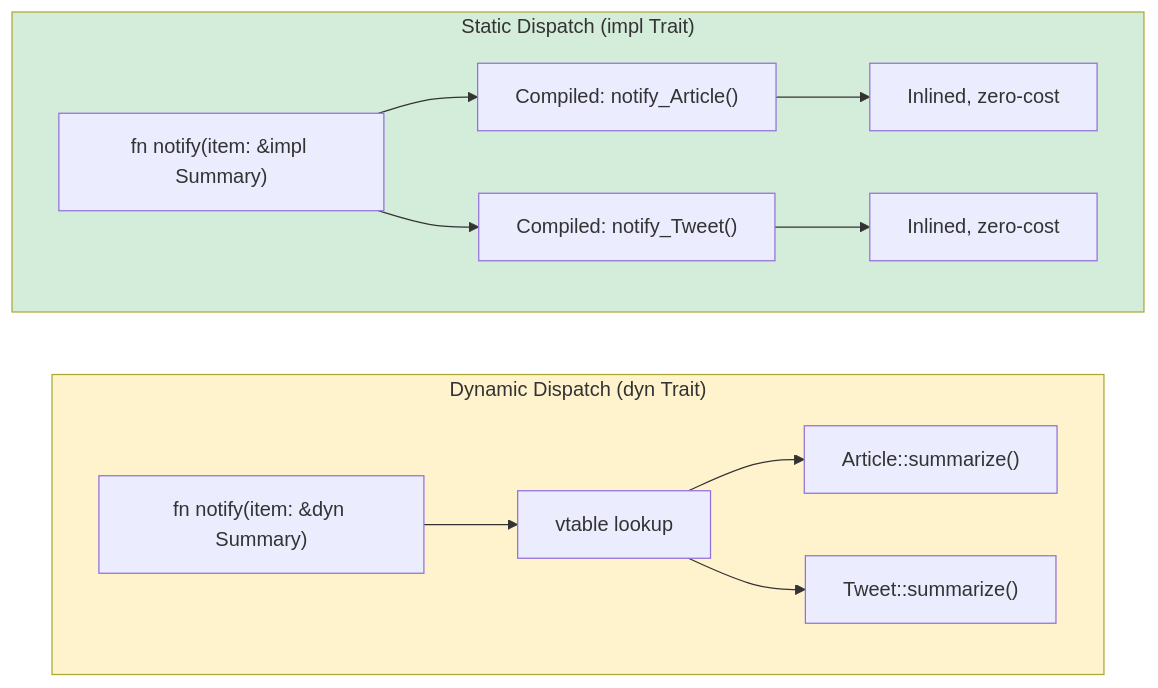
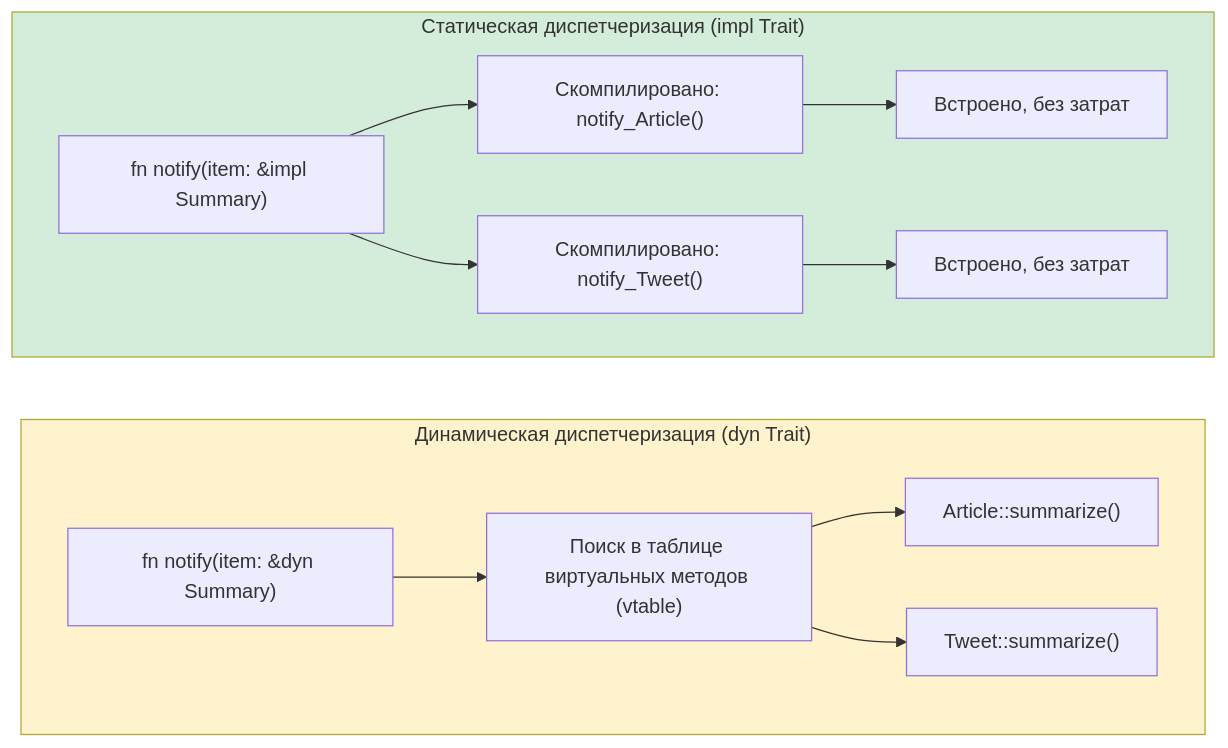
Before and after one commit to r007/RustTraining-Rus: the diagram in python-book/src/ch10-traits-and-generics.md, drawn with Mermaid. The commit also changed other lines of this file and 4 other files, not shown here.

````diff
--- a/python-book/src/ch10-traits-and-generics.md
+++ b/python-book/src/ch10-traits-and-generics.md
@@ -312,17 +306,17 @@
 ```mermaid
 flowchart TB
-    subgraph Static ["Static Dispatch (impl Trait)"]
-        G["fn notify(item: &impl Summary)"] --> M1["Compiled: notify_Article()"]
-        G --> M2["Compiled: notify_Tweet()"]
-        M1 --> O1["Inlined, zero-cost"]
-        M2 --> O2["Inlined, zero-cost"]
+    subgraph Static ["Статическая диспетчеризация (impl Trait)"]
+        G["fn notify(item: &impl Summary)"] --> M1["Скомпилировано: notify_Article()"]
+        G --> M2["Скомпилировано: notify_Tweet()"]
+        M1 --> O1["Встроено, без затрат"]
+        M2 --> O2["Встроено, без затрат"]
     end
-    subgraph Dynamic ["Dynamic Dispatch (dyn Trait)"]
-        D["fn notify(item: &dyn Summary)"] --> VT["vtable lookup"]
+    subgraph Dynamic ["Динамическая диспетчеризация (dyn Trait)"]
+        D["fn notify(item: &dyn Summary)"] --> VT["Поиск в таблице виртуальных методов (vtable)"]
         VT --> I1["Article::summarize()"]
         VT --> I2["Tweet::summarize()"]
     end
     Static ~~~ Dynamic
     style Static fill:#d4edda
     style Dynamic fill:#fff3cd
 ```
````
